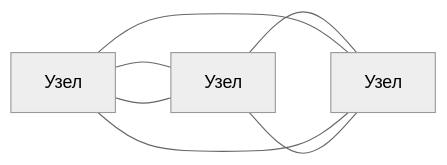
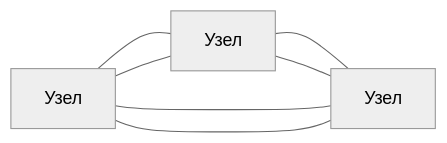
One commit to matvasenin/space changed the third of 5 diagrams in 10.foundation/network.md. Above: the diagram before and after it, drawn with Mermaid (neutral theme).

````diff
--- a/10.foundation/network.md
+++ b/10.foundation/network.md
@@ -68,5 +68,5 @@
 ```mermaid
 flowchart LR
   A[Узел] --- B[Узел] --- C[Узел] --- A
-  A --- C --- B --- A
+  A --- B --- C --- A
 ```
````
